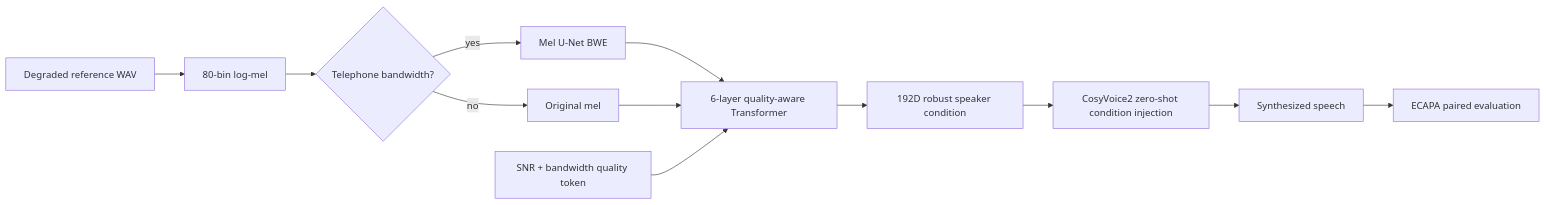
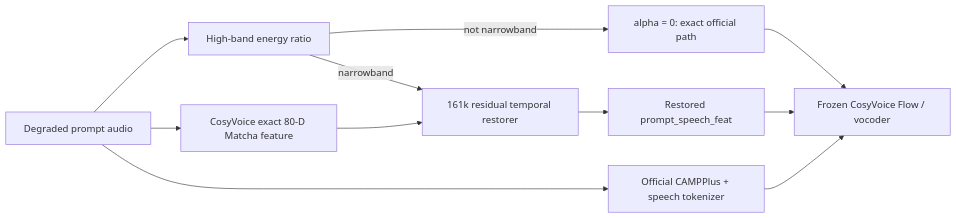
One commit to Jatshi/robust-speaker-cloning changed the diagram in README.md. Above: the diagram before and after it, drawn with Mermaid. The commit also changed other lines of this file and 87 other files, not shown here.

Commit message:
Release evidence-driven V4 prompt feature restoration

````diff
--- a/README.md
+++ b/README.md
@@ -35,14 +47,13 @@
 ```mermaid
 flowchart LR
-    A[Degraded reference WAV] --> B[80-bin log-mel]
-    B --> C{Telephone bandwidth?}
-    C -->|yes| D[Mel U-Net BWE]
-    C -->|no| E[Original mel]
-    D --> F[6-layer quality-aware Transformer]
-    E --> F
-    Q[SNR + bandwidth quality token] --> F
-    F --> G[192D robust speaker condition]
-    G --> H[CosyVoice2 zero-shot condition injection]
-    H --> I[Synthesized speech]
-    I --> J[ECAPA paired evaluation]
+    A[Degraded prompt audio] --> B[CosyVoice exact 80-D Matcha feature]
+    A --> C[High-band energy ratio]
+    C -->|not narrowband| D[alpha = 0: exact official path]
+    C -->|narrowband| E[161k residual temporal restorer]
+    B --> E
+    E --> F[Restored prompt_speech_feat]
+    D --> G[Frozen CosyVoice Flow / vocoder]
+    F --> G
+    A --> H[Official CAMPPlus + speech tokenizer]
+    H --> G
 ```
````
